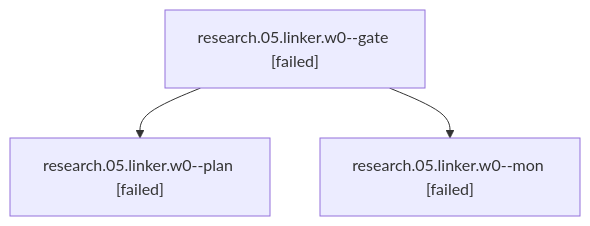
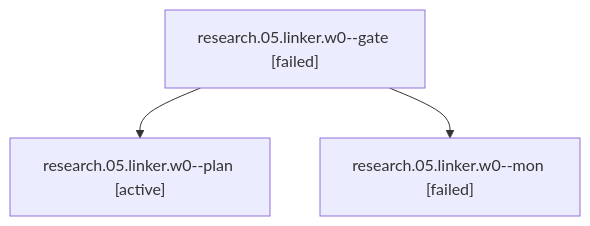
One commit to bobs-org/bob-cli--agents changed the diagram in sessions/bbugyi200.apollo.research.05.linker.w0.md. Above: the diagram before and after it, drawn with Mermaid. The commit also changed other lines of this file and 280 other files, not shown here.

````diff
--- a/sessions/bbugyi200.apollo.research.05.linker.w0.md
+++ b/sessions/bbugyi200.apollo.research.05.linker.w0.md
@@ -9,8 +9,8 @@
 ```mermaid
 flowchart TD
   n0["research.05.linker.w0--gate [failed]"]
-  n1["research.05.linker.w0--plan [failed]"]
+  n1["research.05.linker.w0--plan [active]"]
   n0 --> n1
   n2["research.05.linker.w0--mon [failed]"]
   n0 --> n2
 ```
````
